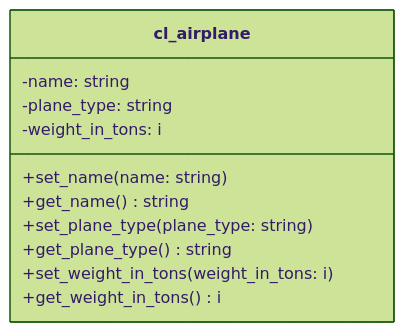
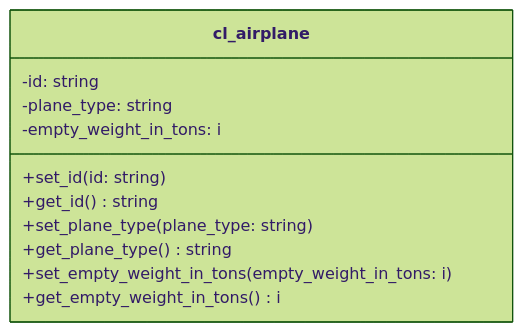
The diagram in docs/exercises/abap-objects/abap-objects-01.md (appenmaier/s4hana), drawn with Mermaid (forest theme) before and after one commit.

````diff
--- a/docs/exercises/abap-objects/abap-objects-01.md
+++ b/docs/exercises/abap-objects/abap-objects-01.md
@@ -10,14 +10,14 @@
 ```mermaid
 classDiagram
    class cl_airplane {
-      -name: string
+      -id: string
       -plane_type: string
-      -weight_in_tons: i
-      +set_name(name: string)
-      +get_name() string
+      -empty_weight_in_tons: i
+      +set_id(id: string)
+      +get_id() string
       +set_plane_type(plane_type: string)
       +get_plane_type() string
-      +set_weight_in_tons(weight_in_tons: i)
-      +get_weight_in_tons() i
+      +set_empty_weight_in_tons(empty_weight_in_tons: i)
+      +get_empty_weight_in_tons() i
    }
 ```
````
